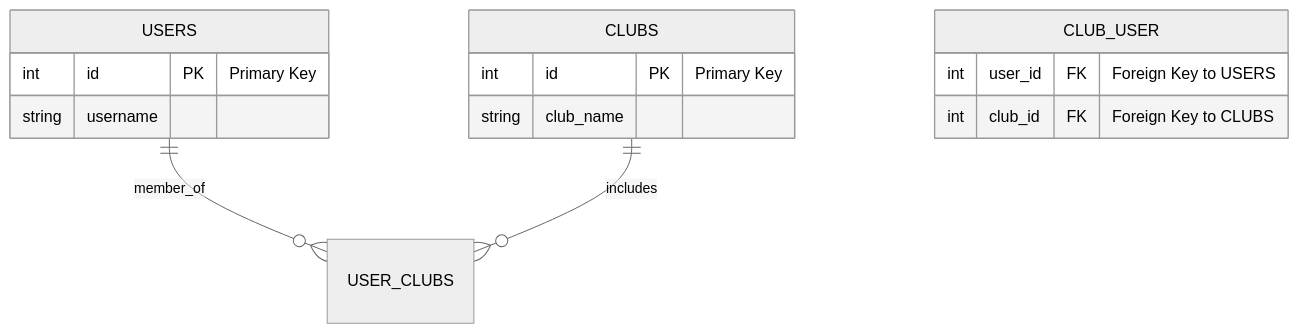
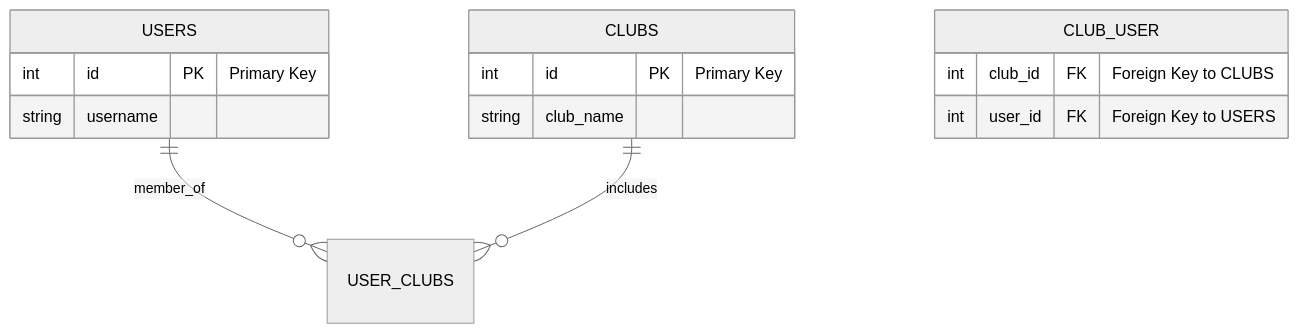
The second of 4 diagrams in webbserverprogrammering_1/lektioner/skapa_databaser/README.md (hambern/datakurser), drawn with Mermaid (neutral theme) before and after one commit. The commit also changed other lines of this file, not shown here.

```diff
--- a/webbserverprogrammering_1/lektioner/skapa_databaser/README.md
+++ b/webbserverprogrammering_1/lektioner/skapa_databaser/README.md
@@ -156,17 +156,17 @@
 ~~~mermaid
 erDiagram
     USERS ||--o{ USER_CLUBS : member_of
     CLUBS ||--o{ USER_CLUBS : includes
     USERS {
         int id PK "Primary Key"
         string username
     }
     CLUBS {
         int id PK "Primary Key"
         string club_name
     }
     CLUB_USER {
+        int club_id FK "Foreign Key to CLUBS"
         int user_id FK "Foreign Key to USERS"
-        int club_id FK "Foreign Key to CLUBS"
     }
 ~~~
```
